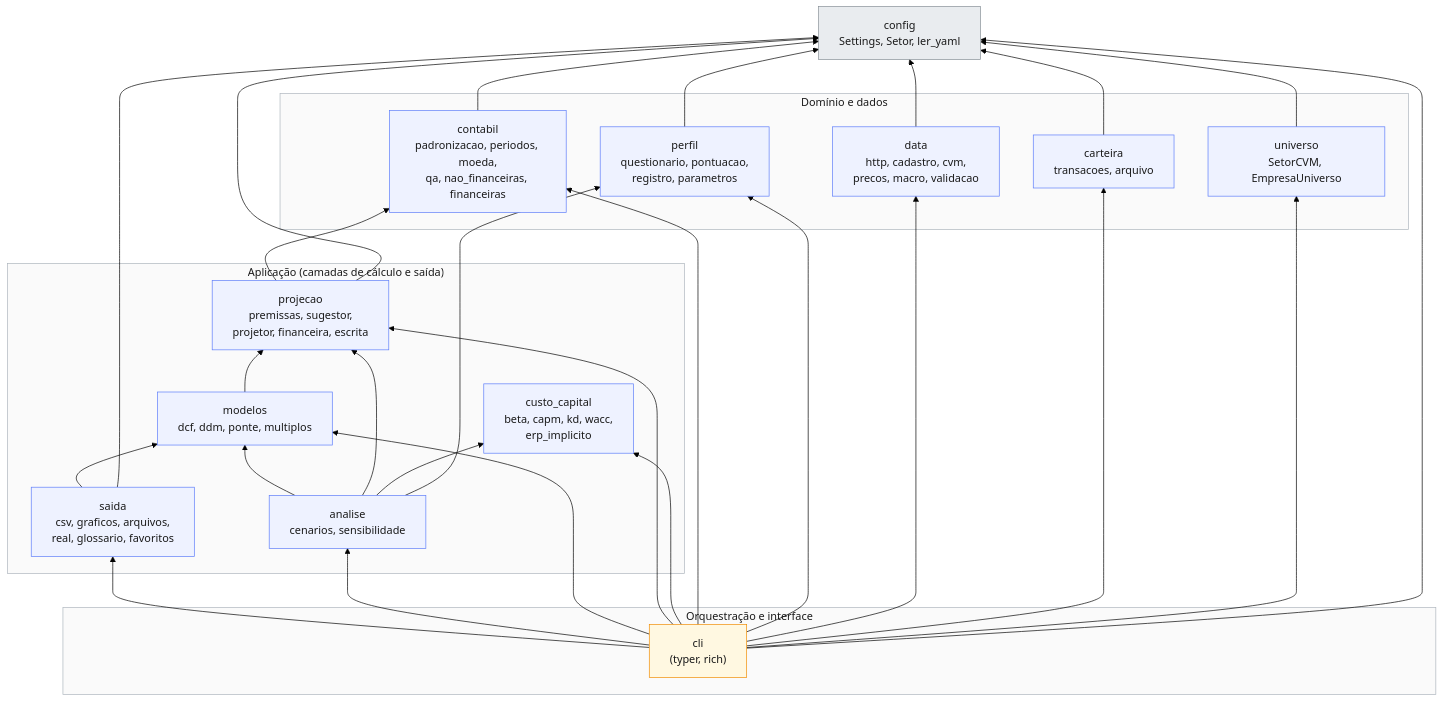
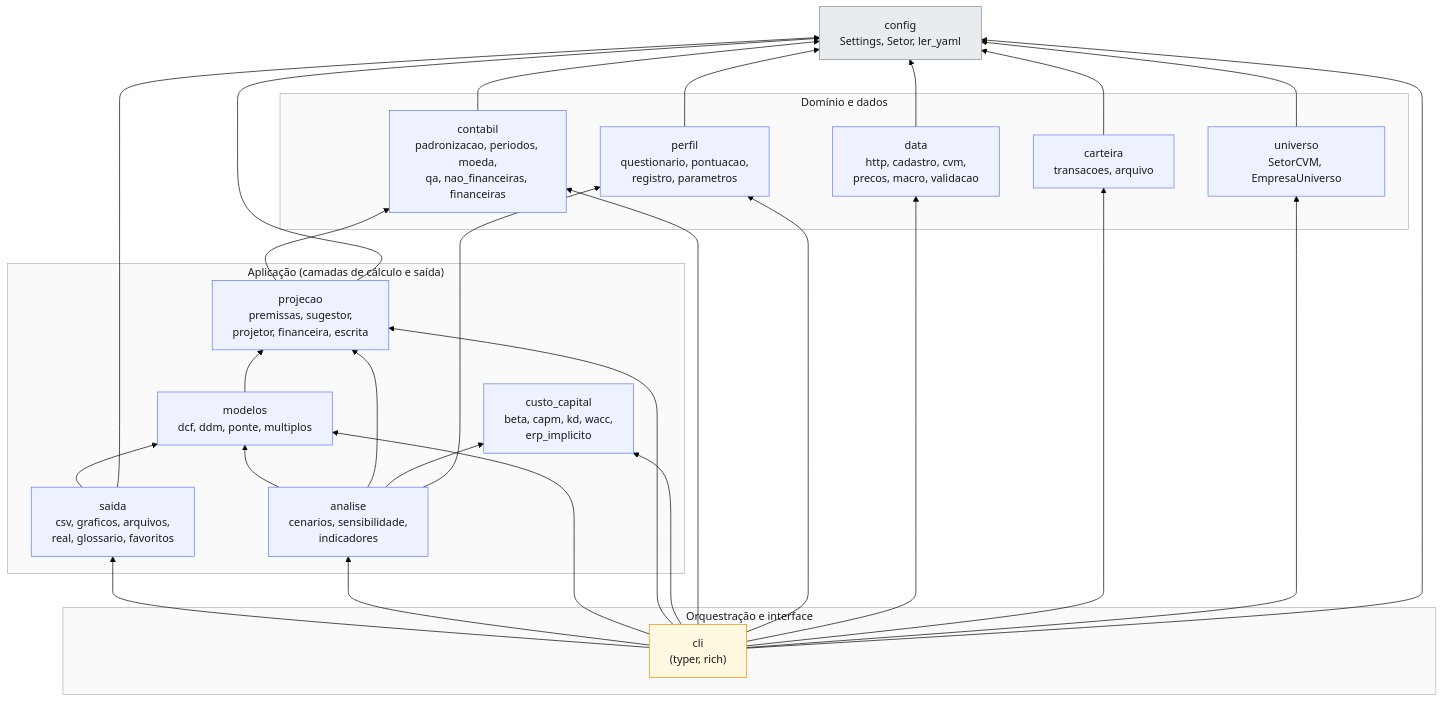
One commit to luiz2801/lastro changed the first of 3 diagrams in docs/diagrama_arquitetura.md. Above: the diagram before and after it, drawn with Mermaid (forest theme). The commit also changed other lines of this file and 15 other files, not shown here.

First line of the commit message:
analise: indicadores por ativo e comando indicadores (ADR 0020, Etapa C3)

````diff
--- a/docs/diagrama_arquitetura.md
+++ b/docs/diagrama_arquitetura.md
@@ -11,45 +11,45 @@
 ```mermaid
 flowchart BT
     subgraph ORQ["Orquestração e interface"]
         cli["cli<br/>(typer, rich)"]
     end
 
     subgraph APL["Aplicação (camadas de cálculo e saída)"]
         saida["saida<br/>csv, graficos, arquivos,<br/>real, glossario, favoritos"]
-        analise["analise<br/>cenarios, sensibilidade"]
+        analise["analise<br/>cenarios, sensibilidade,<br/>indicadores"]
         modelos["modelos<br/>dcf, ddm, ponte, multiplos"]
         projecao["projecao<br/>premissas, sugestor,<br/>projetor, financeira, escrita"]
         custo["custo_capital<br/>beta, capm, kd, wacc,<br/>erp_implicito"]
     end
 
     subgraph DOM["Domínio e dados"]
         contabil["contabil<br/>padronizacao, periodos, moeda,<br/>qa, nao_financeiras, financeiras"]
         perfil["perfil<br/>questionario, pontuacao,<br/>registro, parametros"]
         data["data<br/>http, cadastro, cvm,<br/>precos, macro, validacao"]
         carteira["carteira<br/>transacoes, arquivo"]
         universo["universo<br/>SetorCVM, EmpresaUniverso"]
     end
 
     config["config<br/>Settings, Setor, ler_yaml"]
 
     cli --> saida & analise & modelos & projecao & custo & contabil & perfil & data & carteira & universo & config
     analise --> modelos & projecao & custo & perfil
     saida --> modelos & config
     modelos --> projecao
     projecao --> contabil & config
     contabil --> config
     perfil --> config
     data --> config
     carteira --> config
     universo --> config
 
     classDef pacote fill:#eef2ff,stroke:#5c7cfa,color:#1a1a1a
     classDef base fill:#e9ecef,stroke:#868e96,color:#1a1a1a
     classDef topo fill:#fff8e1,stroke:#f08c00,color:#1a1a1a
     class saida,analise,modelos,projecao,custo,contabil,perfil,data,carteira,universo pacote
     class config base
     class cli topo
     style ORQ fill:#fafafa,stroke:#adb5bd,color:#1a1a1a
     style APL fill:#fafafa,stroke:#adb5bd,color:#1a1a1a
     style DOM fill:#fafafa,stroke:#adb5bd,color:#1a1a1a
 ```
````
